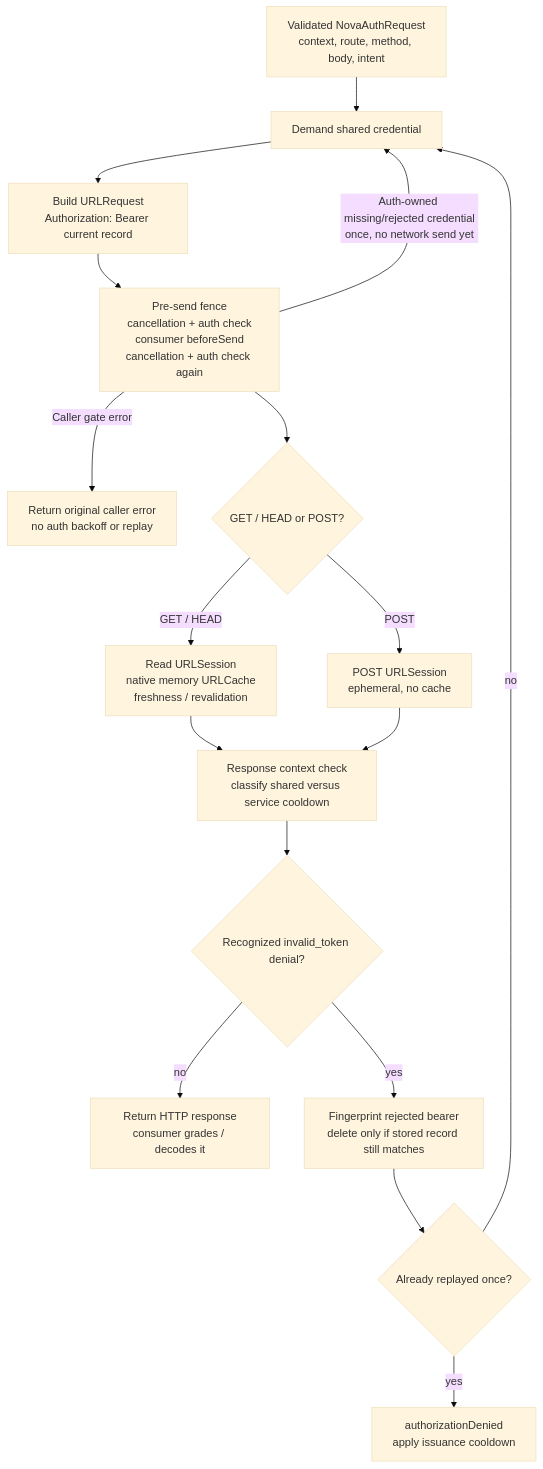
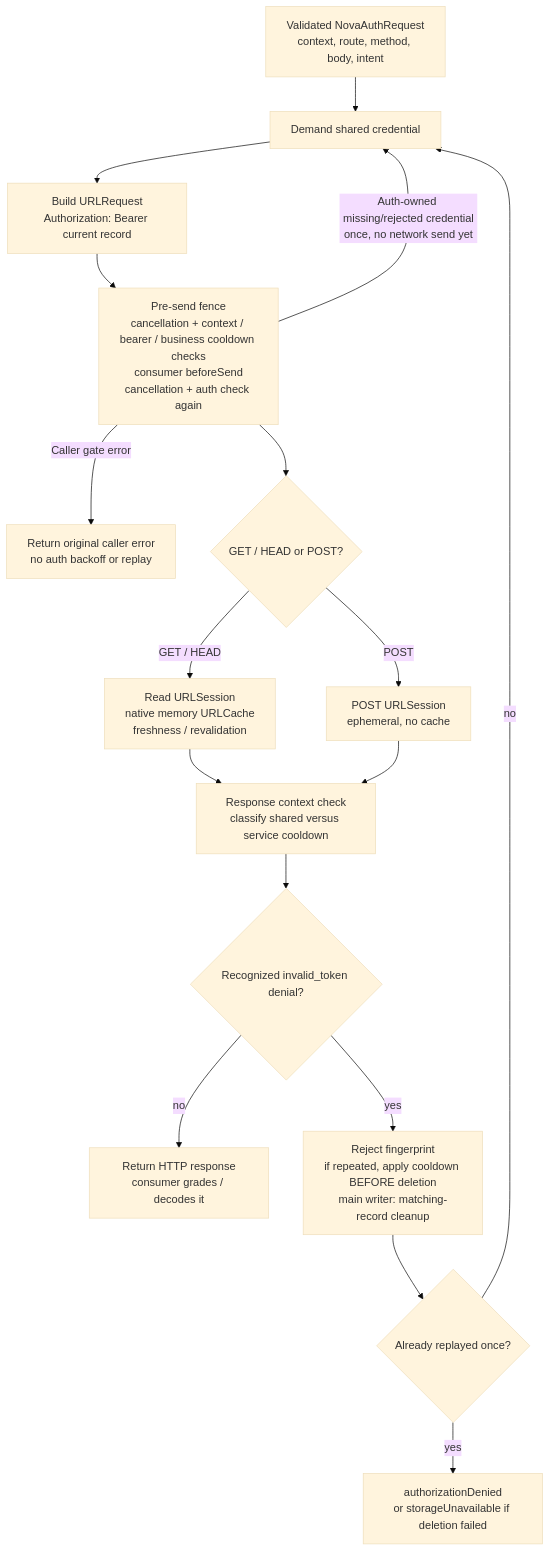
Before and after one commit to novasamatech/nova-wallet-ios: the sixth of 8 diagrams in .claude/docs/architecture/novaauth-client-diagrams.md, drawn with Mermaid (base theme). The commit also changed other lines of this file and 6 other files, not shown here.

````diff
--- a/.claude/docs/architecture/novaauth-client-diagrams.md
+++ b/.claude/docs/architecture/novaauth-client-diagrams.md
@@ -198,19 +231,19 @@
 ```mermaid
 flowchart TB
   REQUEST["Validated NovaAuthRequest<br/>context, route, method, body, intent"] --> DEMAND["Demand shared credential"]
   DEMAND --> BUILD["Build URLRequest<br/>Authorization: Bearer current record"]
-  BUILD --> FENCE["Pre-send fence<br/>cancellation + auth check<br/>consumer beforeSend<br/>cancellation + auth check again"]
+  BUILD --> FENCE["Pre-send fence<br/>cancellation + context / bearer / business cooldown checks<br/>consumer beforeSend<br/>cancellation + auth check again"]
   FENCE -- "Auth-owned missing/rejected credential<br/>once, no network send yet" --> DEMAND
   FENCE -- "Caller gate error" --> ABORT["Return original caller error<br/>no auth backoff or replay"]
   FENCE --> TYPE{"GET / HEAD or POST?"}
   TYPE -- "GET / HEAD" --> READ["Read URLSession<br/>native memory URLCache<br/>freshness / revalidation"]
   TYPE -- POST --> POST["POST URLSession<br/>ephemeral, no cache"]
   READ --> RECEIVE["Response context check<br/>classify shared versus service cooldown"]
   POST --> RECEIVE
   RECEIVE --> DENIAL{"Recognized invalid_token denial?"}
   DENIAL -- no --> RESULT["Return HTTP response<br/>consumer grades / decodes it"]
-  DENIAL -- yes --> REMOVE["Fingerprint rejected bearer<br/>delete only if stored record still matches"]
+  DENIAL -- yes --> REMOVE["Reject fingerprint<br/>if repeated, apply cooldown BEFORE deletion<br/>main writer: matching-record cleanup"]
   REMOVE --> RETRY{"Already replayed once?"}
   RETRY -- no --> DEMAND
-  RETRY -- yes --> STOP["authorizationDenied<br/>apply issuance cooldown"]
+  RETRY -- yes --> STOP["authorizationDenied<br/>or storageUnavailable if deletion failed"]
 ```
````
